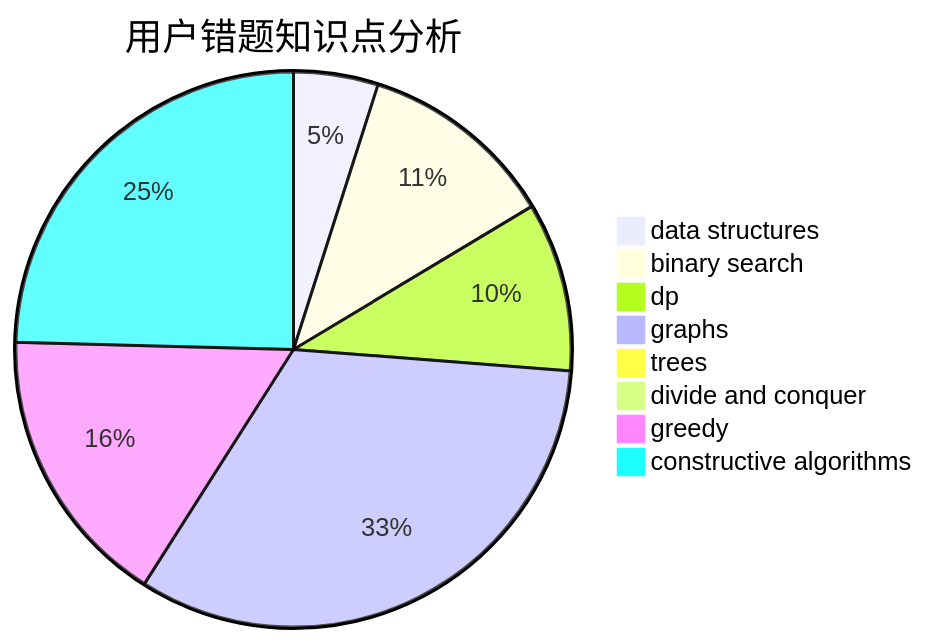
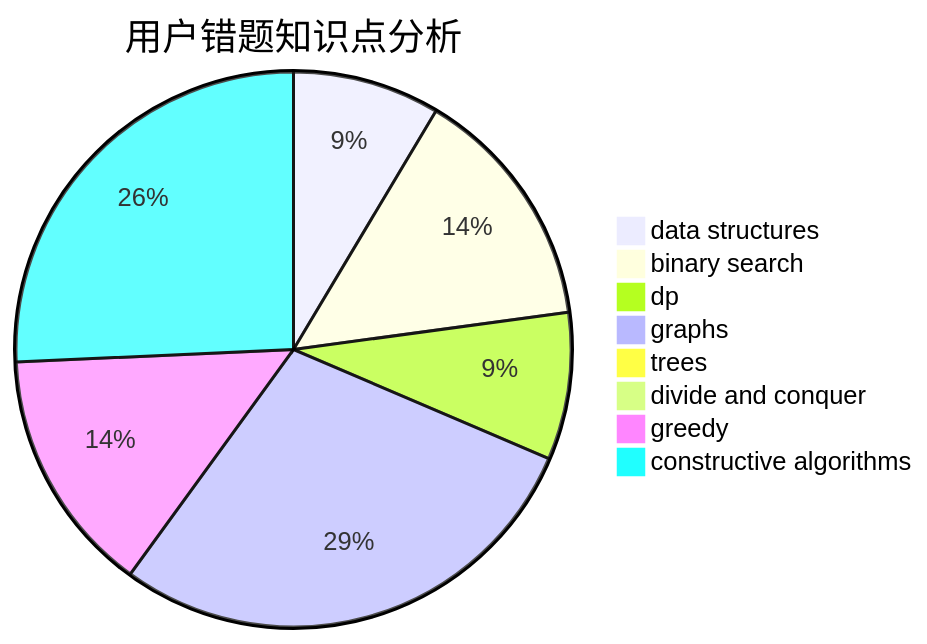
Before and after one commit to sherpahu/cfrs.github.io: the third of 3 diagrams in docs/user/u886.md, drawn with Mermaid. The commit also changed other lines of this file and 2770 other files, not shown here.

````diff
--- a/docs/user/u886.md
+++ b/docs/user/u886.md
@@ -36,11 +36,11 @@
 ```mermaid
 pie title 用户错题知识点分析
-    "data structures" :  3
-    "binary search" :  7
+    "data structures" :  6
+    "binary search" :  10
     "dp" :  6
     "graphs" :  20
     "trees" :  0
     "divide and conquer" :  0
     "greedy" :  10
-    "constructive algorithms" :  15
+    "constructive algorithms" :  18
 ```
````
